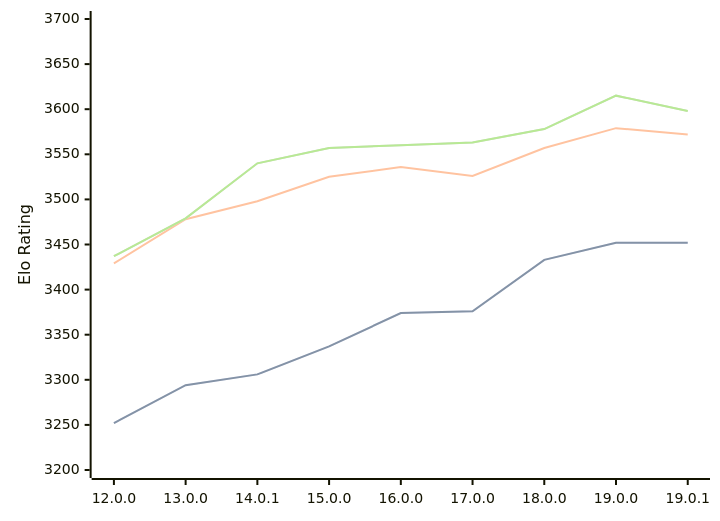
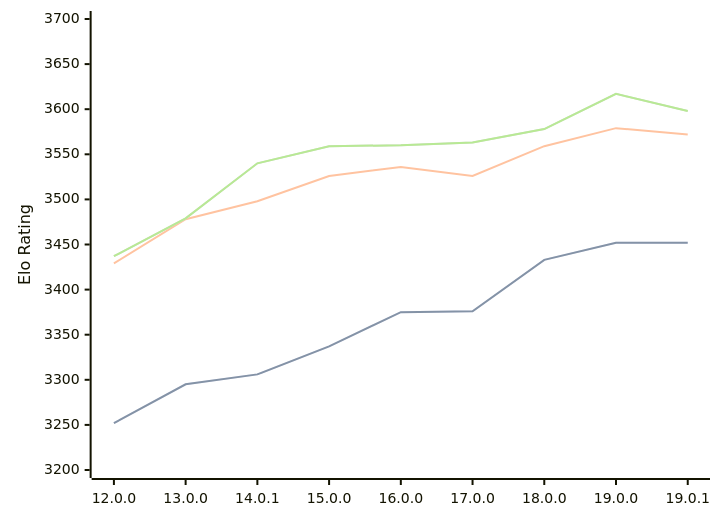
Before and after one commit to computer-chess-index/cci: the diagram in engines/Viridithas.md, drawn with Mermaid. The commit also changed other lines of this file, not shown here.

Commit message:
Update CCI Ratings (ELO VLTC) - 2026-05-05

````diff
--- a/engines/Viridithas.md
+++ b/engines/Viridithas.md
@@ -63,11 +63,11 @@
 ```mermaid
 %%{init: {"theme":"base","themeVariables":{"seriesColors:['#a3a3a3','#222221','#faa371']}}}%%
 xychart-beta
   x-axis ["12.0.0", "13.0.0", "14.0.1", "15.0.0", "16.0.0", "17.0.0", "18.0.0", "19.0.0", "19.0.1"]
   y-axis "Elo Rating" 3200 --> 3700
-  line "STC (8.0+0.08s)" [3252, 3294, 3306, 3337, 3374, 3376, 3433, 3452, 3452]
-  line "STC (8.0+0.08s)" [3252, 3294, 3306, 3337, 3374, 3376, 3433, 3452, 3452]
-  line "LTC (60.0+0.60s)" [3429, 3478, 3498, 3525, 3536, 3526, 3557, 3579, 3572]
-  line "VLTC (2m24s+1.12s)" [3437, 3479, 3540, 3557, 3560, 3563, 3578, 3615, 3598]
-  line "VLTC (2m24s+1.12s)" [3437, 3479, 3540, 3557, 3560, 3563, 3578, 3615, 3598]
+  line "STC (8.0+0.08s)" [3252, 3295, 3306, 3337, 3375, 3376, 3433, 3452, 3452]
+  line "STC (8.0+0.08s)" [3252, 3295, 3306, 3337, 3375, 3376, 3433, 3452, 3452]
+  line "LTC (60.0+0.60s)" [3429, 3478, 3498, 3526, 3536, 3526, 3559, 3579, 3572]
+  line "VLTC (2m24s+1.12s)" [3437, 3479, 3540, 3559, 3560, 3563, 3578, 3617, 3598]
+  line "VLTC (2m24s+1.12s)" [3437, 3479, 3540, 3559, 3560, 3563, 3578, 3617, 3598]
 ```
````
